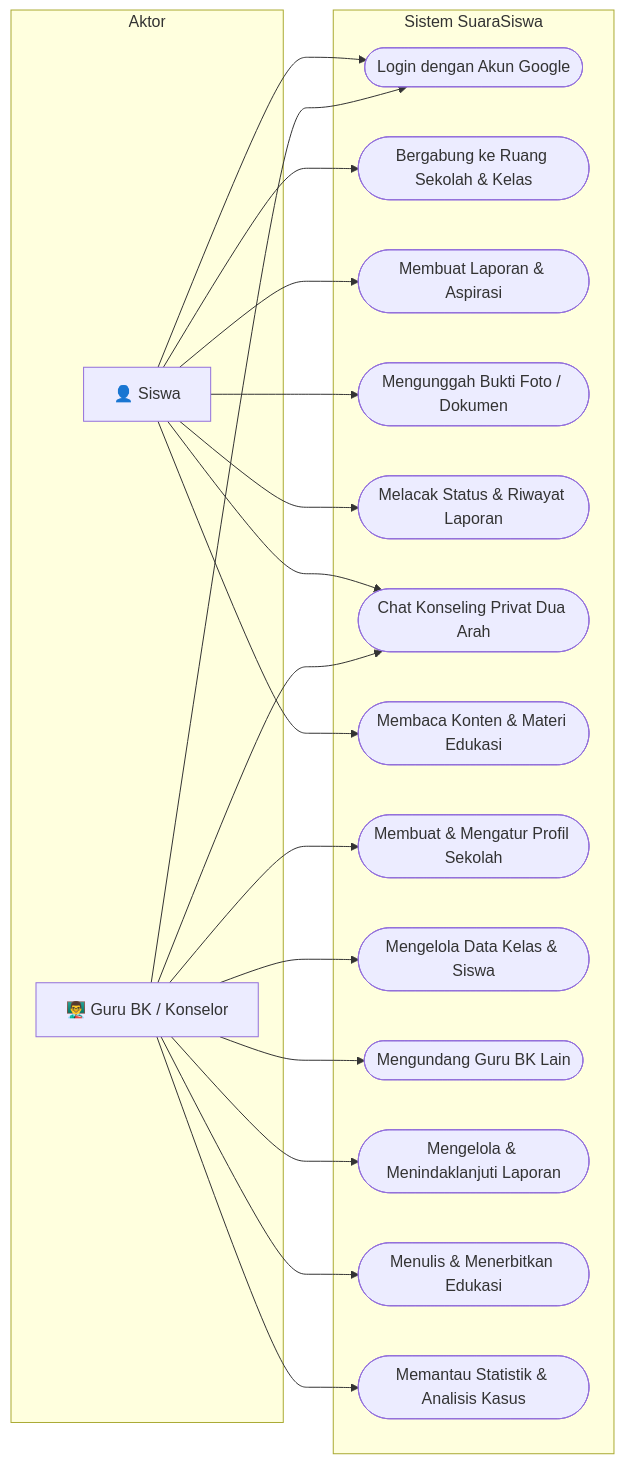
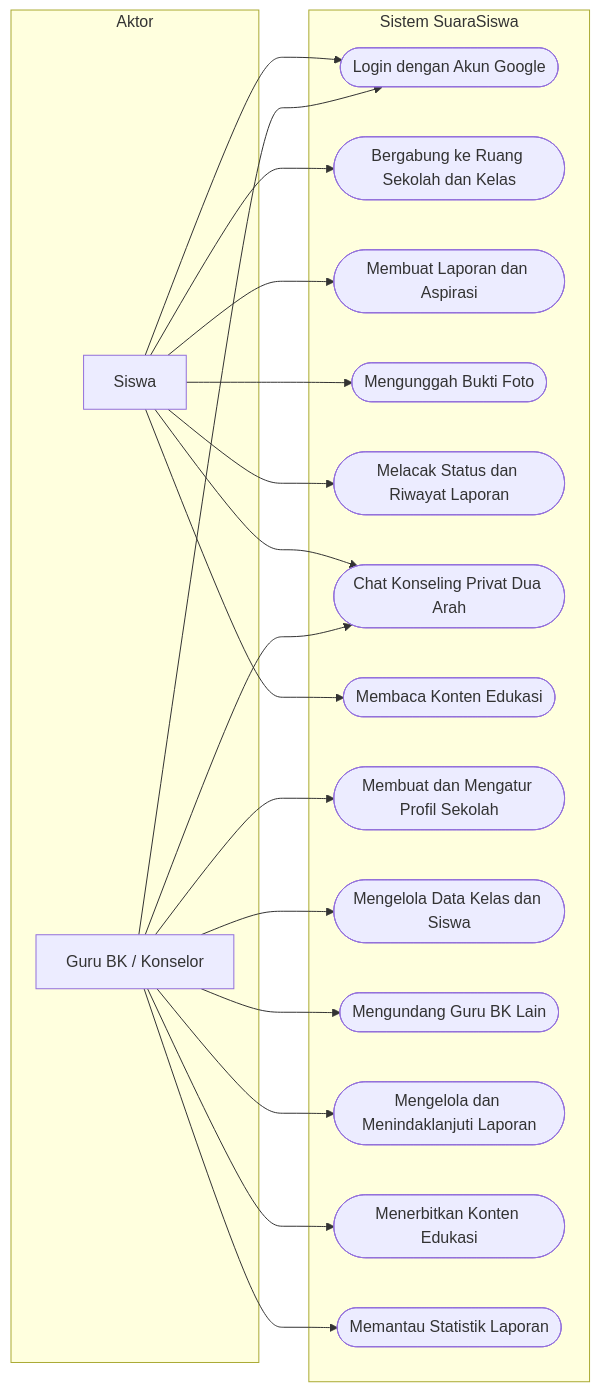
The second of 7 diagrams in README.md (wahyuhidayatwyh-boop/APK-suarasiswa), drawn with Mermaid before and after one commit. The commit also changed other lines of this file, not shown here.

Commit message:
fix(docs): optimize mermaid diagrams syntax for GitHub markdown renderer

````diff
--- a/README.md
+++ b/README.md
@@ -73,43 +73,43 @@
 ```mermaid
 flowchart LR
     subgraph Aktor
-        Siswa["👤 Siswa"]
-        GuruBK["👨‍🏫 Guru BK / Konselor"]
+        Siswa["Siswa"]
+        GuruBK["Guru BK / Konselor"]
     end
 
-    subgraph "Sistem SuaraSiswa"
+    subgraph Sistem["Sistem SuaraSiswa"]
         UC_Auth(["Login dengan Akun Google"])
-        UC_JoinSchool(["Bergabung ke Ruang Sekolah & Kelas"])
-        UC_CreateReport(["Membuat Laporan & Aspirasi"])
-        UC_UploadProof(["Mengunggah Bukti Foto / Dokumen"])
-        UC_TrackReport(["Melacak Status & Riwayat Laporan"])
+        UC_JoinSchool(["Bergabung ke Ruang Sekolah dan Kelas"])
+        UC_CreateReport(["Membuat Laporan dan Aspirasi"])
+        UC_UploadProof(["Mengunggah Bukti Foto"])
+        UC_TrackReport(["Melacak Status dan Riwayat Laporan"])
         UC_Chat(["Chat Konseling Privat Dua Arah"])
-        UC_ReadEdu(["Membaca Konten & Materi Edukasi"])
+        UC_ReadEdu(["Membaca Konten Edukasi"])
         
-        UC_CreateSchool(["Membuat & Mengatur Profil Sekolah"])
-        UC_ManageClass(["Mengelola Data Kelas & Siswa"])
+        UC_CreateSchool(["Membuat dan Mengatur Profil Sekolah"])
+        UC_ManageClass(["Mengelola Data Kelas dan Siswa"])
         UC_InviteCounselor(["Mengundang Guru BK Lain"])
-        UC_ManageReport(["Mengelola & Menindaklanjuti Laporan"])
-        UC_PublishEdu(["Menulis & Menerbitkan Edukasi"])
-        UC_Analytics(["Memantau Statistik & Analisis Kasus"])
+        UC_ManageReport(["Mengelola dan Menindaklanjuti Laporan"])
+        UC_PublishEdu(["Menerbitkan Konten Edukasi"])
+        UC_Analytics(["Memantau Statistik Laporan"])
     end
 
     %% Relasi Siswa
     Siswa --> UC_Auth
     Siswa --> UC_JoinSchool
     Siswa --> UC_CreateReport
     Siswa --> UC_UploadProof
     Siswa --> UC_TrackReport
     Siswa --> UC_Chat
     Siswa --> UC_ReadEdu
 
     %% Relasi Guru BK
     GuruBK --> UC_Auth
     GuruBK --> UC_CreateSchool
     GuruBK --> UC_ManageClass
     GuruBK --> UC_InviteCounselor
     GuruBK --> UC_ManageReport
     GuruBK --> UC_Chat
     GuruBK --> UC_PublishEdu
     GuruBK --> UC_Analytics
 ```
````
